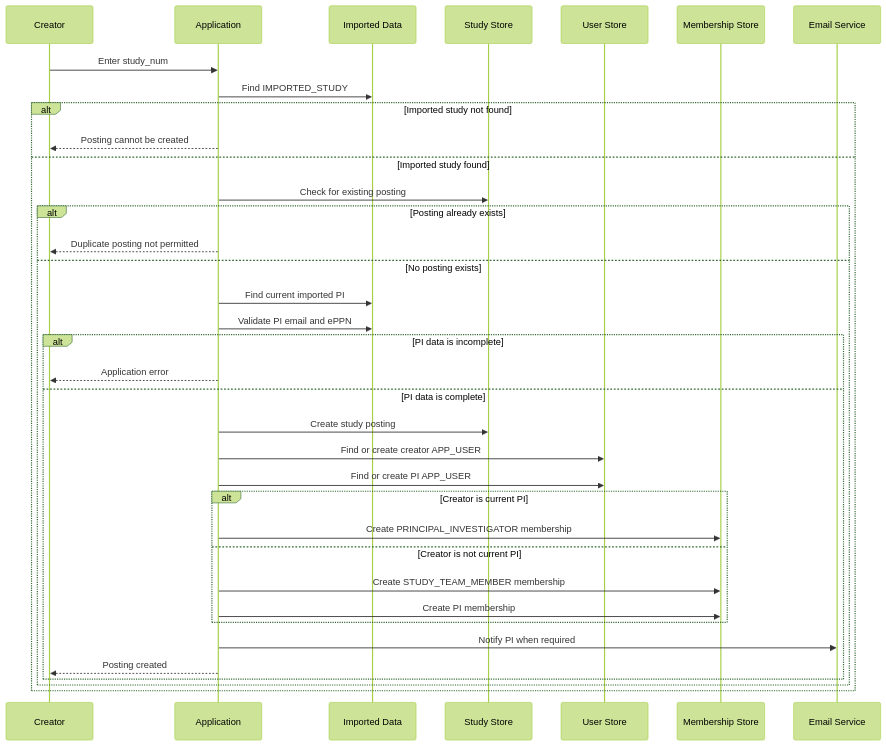
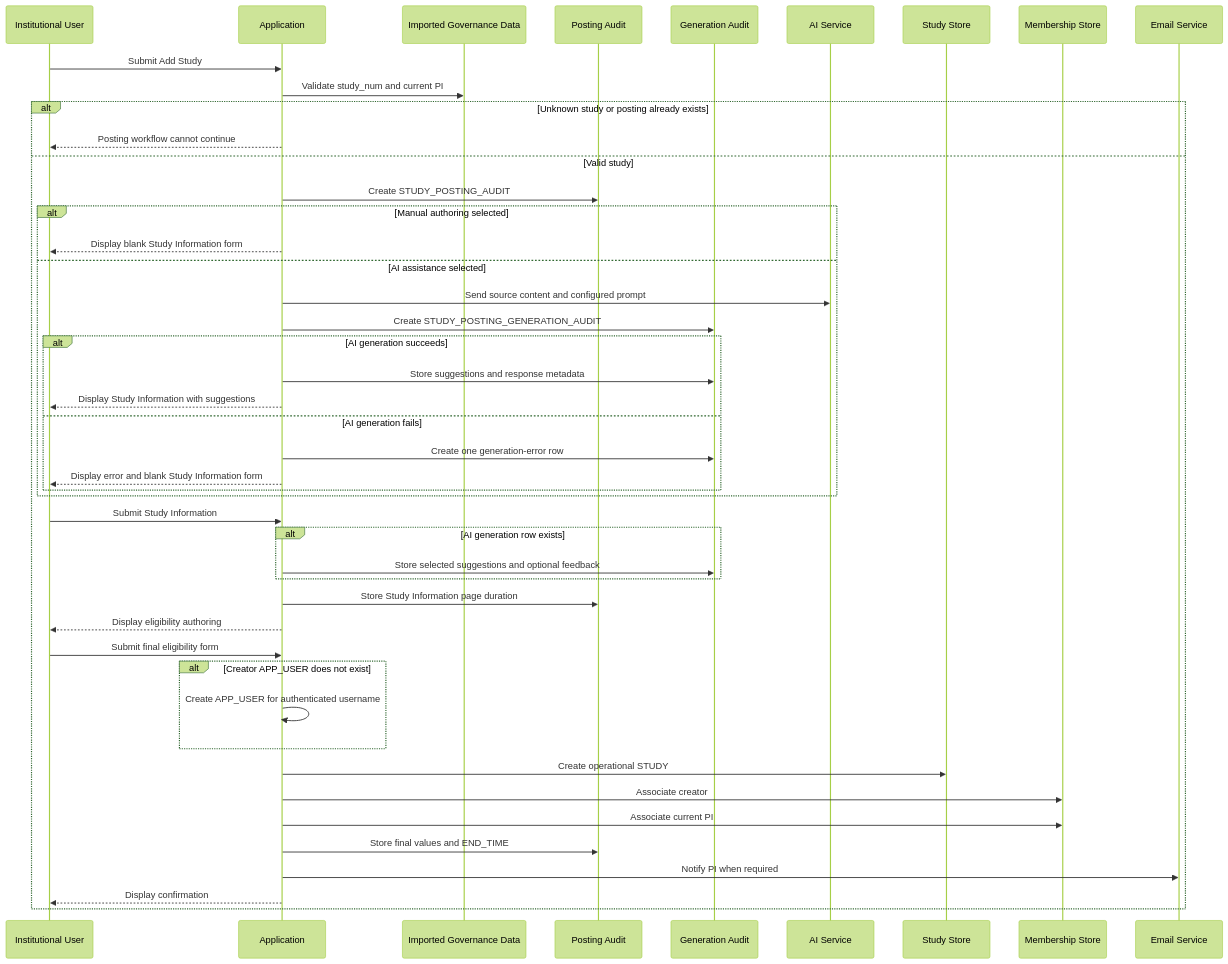
One commit to umich-michr/yhr-context changed the diagram in docs/05-study-management/posting-creation.md. Above: the diagram before and after it, drawn with Mermaid (forest theme). The commit also changed other lines of this file and 79 other files, not shown here.

````diff
--- a/docs/05-study-management/posting-creation.md
+++ b/docs/05-study-management/posting-creation.md
@@ -60,44 +141,58 @@
 ```mermaid
 sequenceDiagram
-    participant C as Creator
+    participant U as Institutional User
     participant A as Application
-    participant I as Imported Data
+    participant I as Imported Governance Data
+    participant PA as Posting Audit
+    participant GA as Generation Audit
+    participant AI as AI Service
     participant S as Study Store
-    participant U as User Store
     participant M as Membership Store
     participant E as Email Service
 
-    C->>A: Enter study_num
-    A->>I: Find IMPORTED_STUDY
+    U->>A: Submit Add Study
+    A->>I: Validate study_num and current PI
 
-    alt Imported study not found
-        A-->>C: Posting cannot be created
-    else Imported study found
-        A->>S: Check for existing posting
+    alt Unknown study or posting already exists
+        A-->>U: Posting workflow cannot continue
+    else Valid study
+        A->>PA: Create STUDY_POSTING_AUDIT
 
-        alt Posting already exists
-            A-->>C: Duplicate posting not permitted
-        else No posting exists
-            A->>I: Find current imported PI
-            A->>I: Validate PI email and ePPN
+        alt Manual authoring selected
+            A-->>U: Display blank Study Information form
+        else AI assistance selected
+            A->>AI: Send source content and configured prompt
+            A->>GA: Create STUDY_POSTING_GENERATION_AUDIT
 
-            alt PI data is incomplete
-                A-->>C: Application error
-            else PI data is complete
-                A->>S: Create study posting
-                A->>U: Find or create creator APP_USER
-                A->>U: Find or create PI APP_USER
-
-                alt Creator is current PI
-                    A->>M: Create PRINCIPAL_INVESTIGATOR membership
-                else Creator is not current PI
-                    A->>M: Create STUDY_TEAM_MEMBER membership
-                    A->>M: Create PI membership
-                end
-
-                A->>E: Notify PI when required
-                A-->>C: Posting created
+            alt AI generation succeeds
+                A->>GA: Store suggestions and response metadata
+                A-->>U: Display Study Information with suggestions
+            else AI generation fails
+                A->>GA: Create one generation-error row
+                A-->>U: Display error and blank Study Information form
             end
         end
+
+        U->>A: Submit Study Information
+
+        alt AI generation row exists
+            A->>GA: Store selected suggestions and optional feedback
+        end
+
+        A->>PA: Store Study Information page duration
+        A-->>U: Display eligibility authoring
+
+        U->>A: Submit final eligibility form
+
+        alt Creator APP_USER does not exist
+            A->>A: Create APP_USER for authenticated username
+        end
+
+        A->>S: Create operational STUDY
+        A->>M: Associate creator
+        A->>M: Associate current PI
+        A->>PA: Store final values and END_TIME
+        A->>E: Notify PI when required
+        A-->>U: Display confirmation
     end
 ```
````
